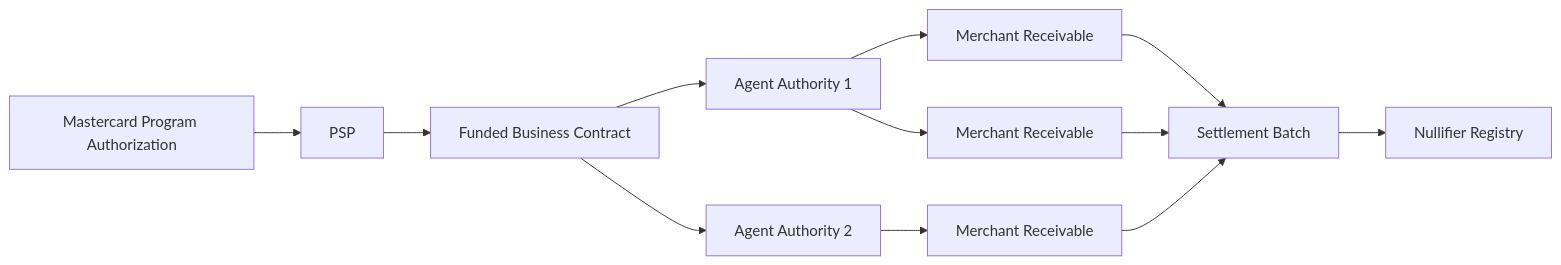
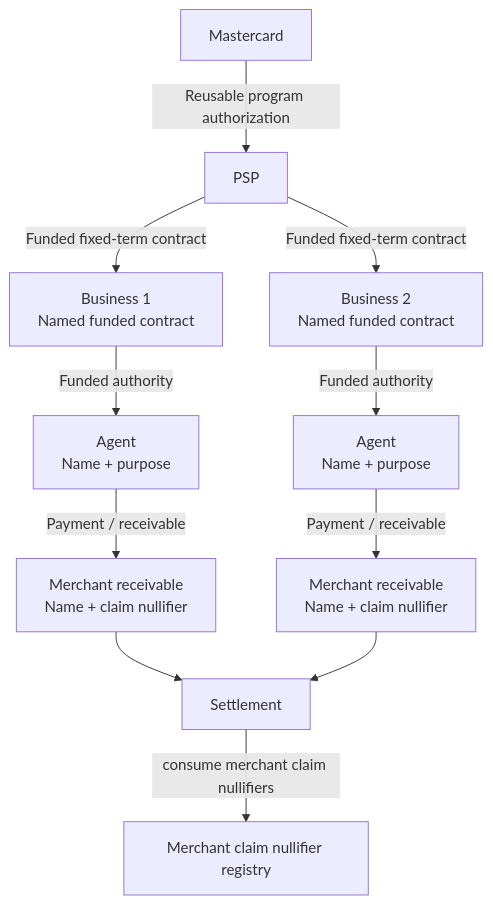
One commit to abhinavasr/ZK-Chain-WebApp changed the first of 6 diagrams in docs/ARCHITECTURE.md. Above: the diagram before and after it, drawn with Mermaid. The commit also changed other lines of this file and 2 other files, not shown here.

First line of the commit message:
docs: align architecture with interactive funded-contract demo

````diff
--- a/docs/ARCHITECTURE.md
+++ b/docs/ARCHITECTURE.md
@@ -3,14 +11,24 @@
 ```mermaid
-flowchart LR
-  MC[Mastercard Program Authorization] --> PSP[PSP]
-  PSP --> BIZ[Funded Business Contract]
-  BIZ --> A1[Agent Authority 1]
-  BIZ --> A2[Agent Authority 2]
-  A1 --> M1[Merchant Receivable]
-  A1 --> M2[Merchant Receivable]
-  A2 --> M3[Merchant Receivable]
-  M1 --> S[Settlement Batch]
+flowchart TD
+  MC[Mastercard]
+  PSP[PSP]
+  B1[Business 1\nNamed funded contract]
+  B2[Business 2\nNamed funded contract]
+  A1[Agent\nName + purpose]
+  A2[Agent\nName + purpose]
+  M1[Merchant receivable\nName + claim nullifier]
+  M2[Merchant receivable\nName + claim nullifier]
+  S[Settlement]
+  N[Merchant claim nullifier registry]
+
+  MC -->|Reusable program authorization| PSP
+  PSP -->|Funded fixed-term contract| B1
+  PSP -->|Funded fixed-term contract| B2
+  B1 -->|Funded authority| A1
+  B2 -->|Funded authority| A2
+  A1 -->|Payment / receivable| M1
+  A2 -->|Payment / receivable| M2
+  M1 --> S
   M2 --> S
-  M3 --> S
-  S --> N[Nullifier Registry]
+  S -->|consume merchant claim nullifiers| N
 ```
````
